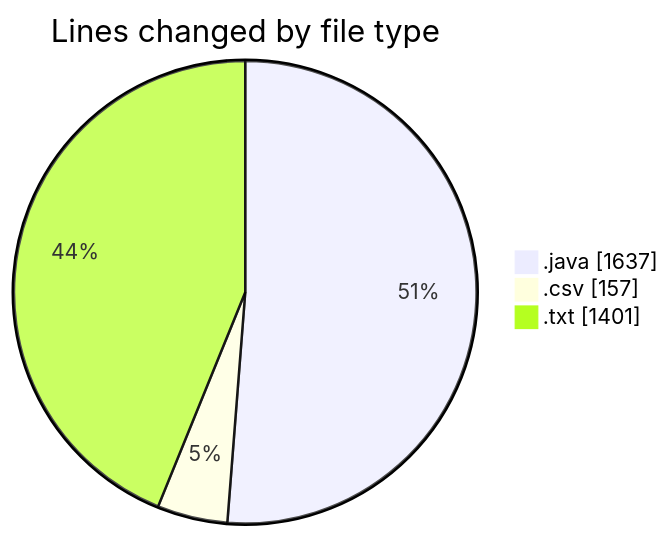
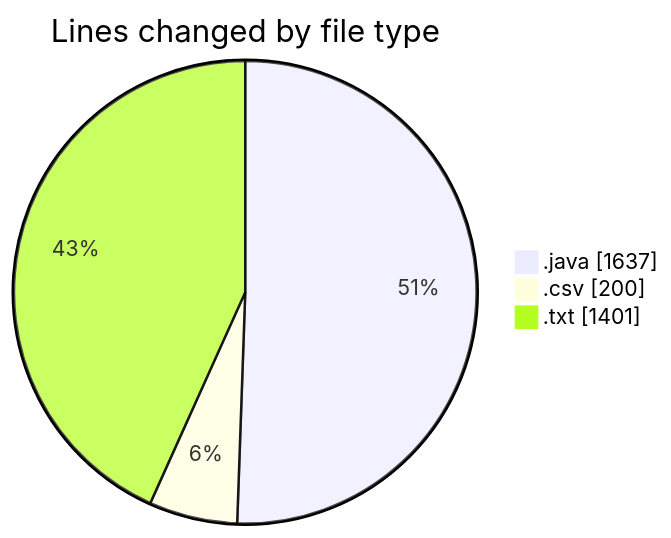
Before and after one commit to ricardozamudiocil/code-tracking: the first of 2 diagrams in 2026-03-24/cilapp/README.md, drawn with Mermaid. The commit also changed other lines of this file and 1 other file, not shown here.

````diff
--- a/2026-03-24/cilapp/README.md
+++ b/2026-03-24/cilapp/README.md
@@ -26,7 +27,7 @@
 ```mermaid
 pie showData
 title Lines changed by file type
 ".java" : 1637
-".csv" : 157
+".csv" : 200
 ".txt" : 1401
 ```
````
